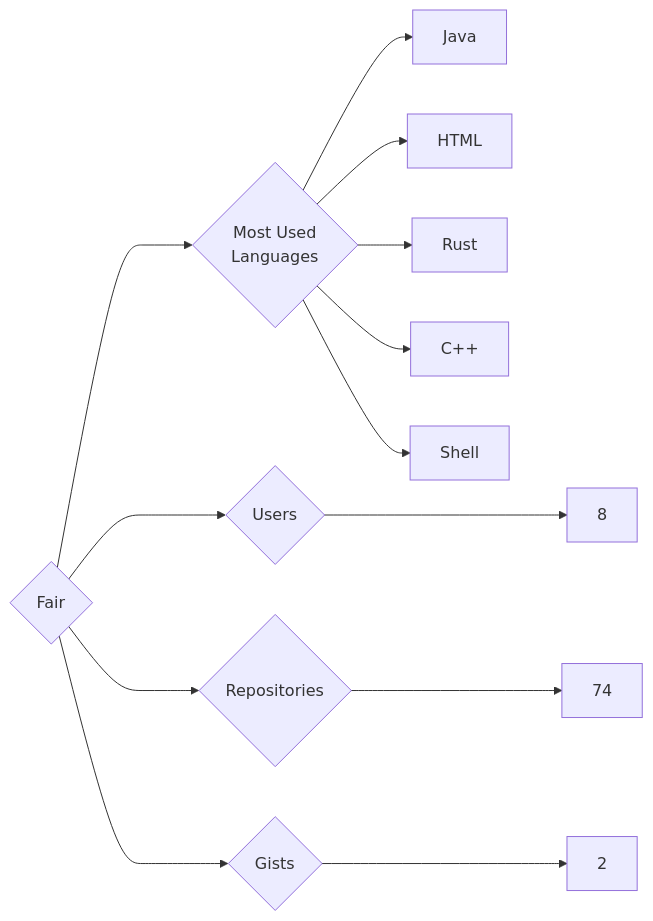
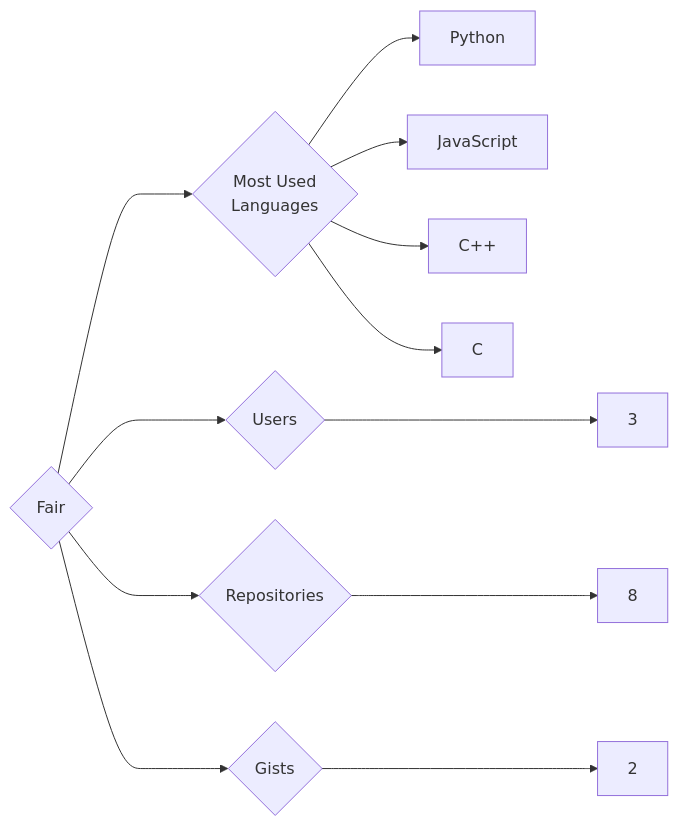
Before and after one commit to trickest/insiders: the diagram in targets/Fair/README.md, drawn with Mermaid. The commit also changed 861 other files, not shown here.

````diff
--- a/targets/Fair/README.md
+++ b/targets/Fair/README.md
@@ -3,13 +3,12 @@
 ```mermaid
 graph LR
 COMPANY_NAME{Fair}
-COMPANY_NAME ---> U{Users} ---> UN[8]
-COMPANY_NAME ---> R{Repositories} ---> RN[74]
+COMPANY_NAME ---> U{Users} ---> UN[3]
+COMPANY_NAME ---> R{Repositories} ---> RN[8]
 COMPANY_NAME ---> G{Gists} ---> GN[2]
 COMPANY_NAME ---> ML{Most Used<br>Languages}
-ML --> Java[Java]
-ML --> HTML[HTML]
-ML --> Rust[Rust]
+ML --> Python[Python]
+ML --> JavaScript[JavaScript]
 ML --> C++[C++]
-ML --> Shell[Shell]
+ML --> C[C]
 ```
````
